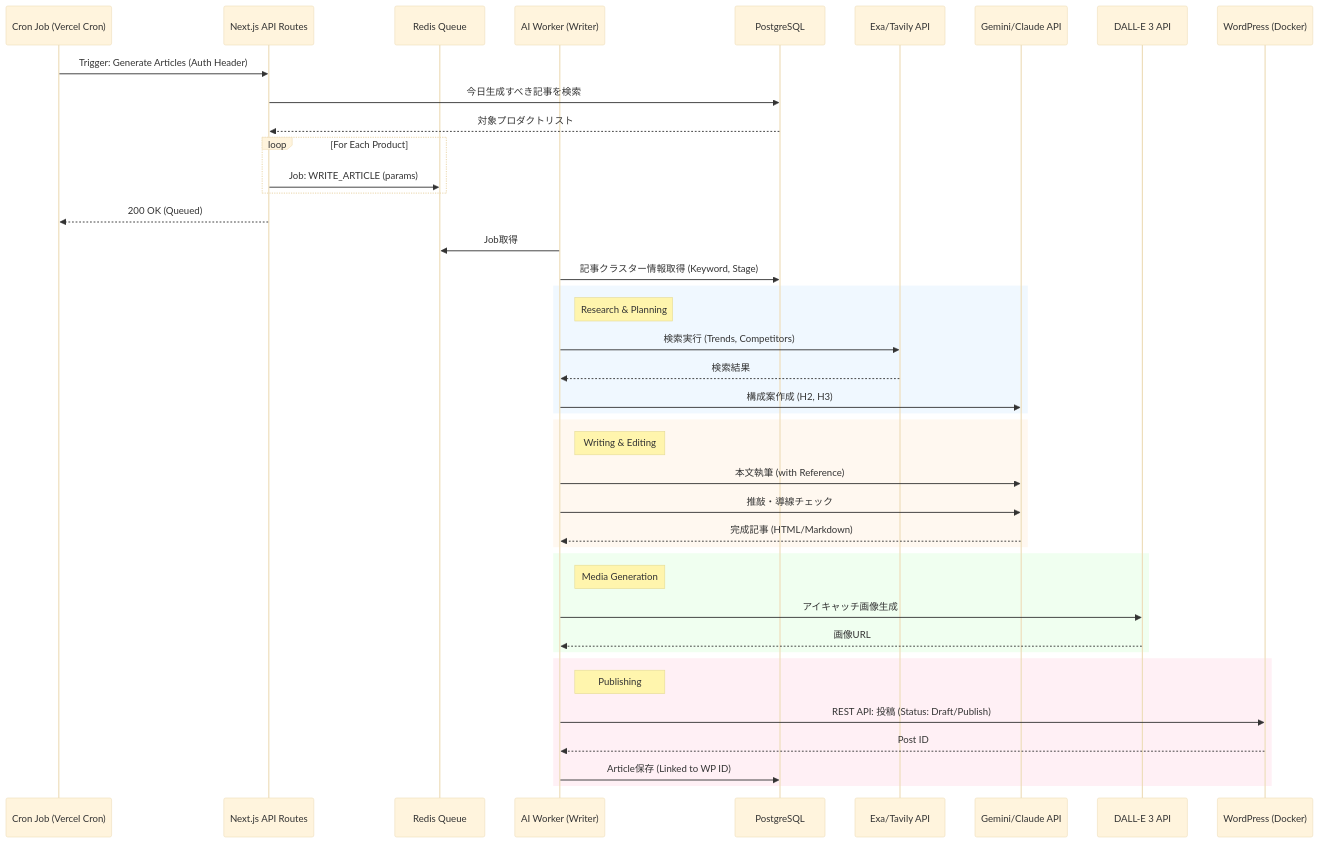
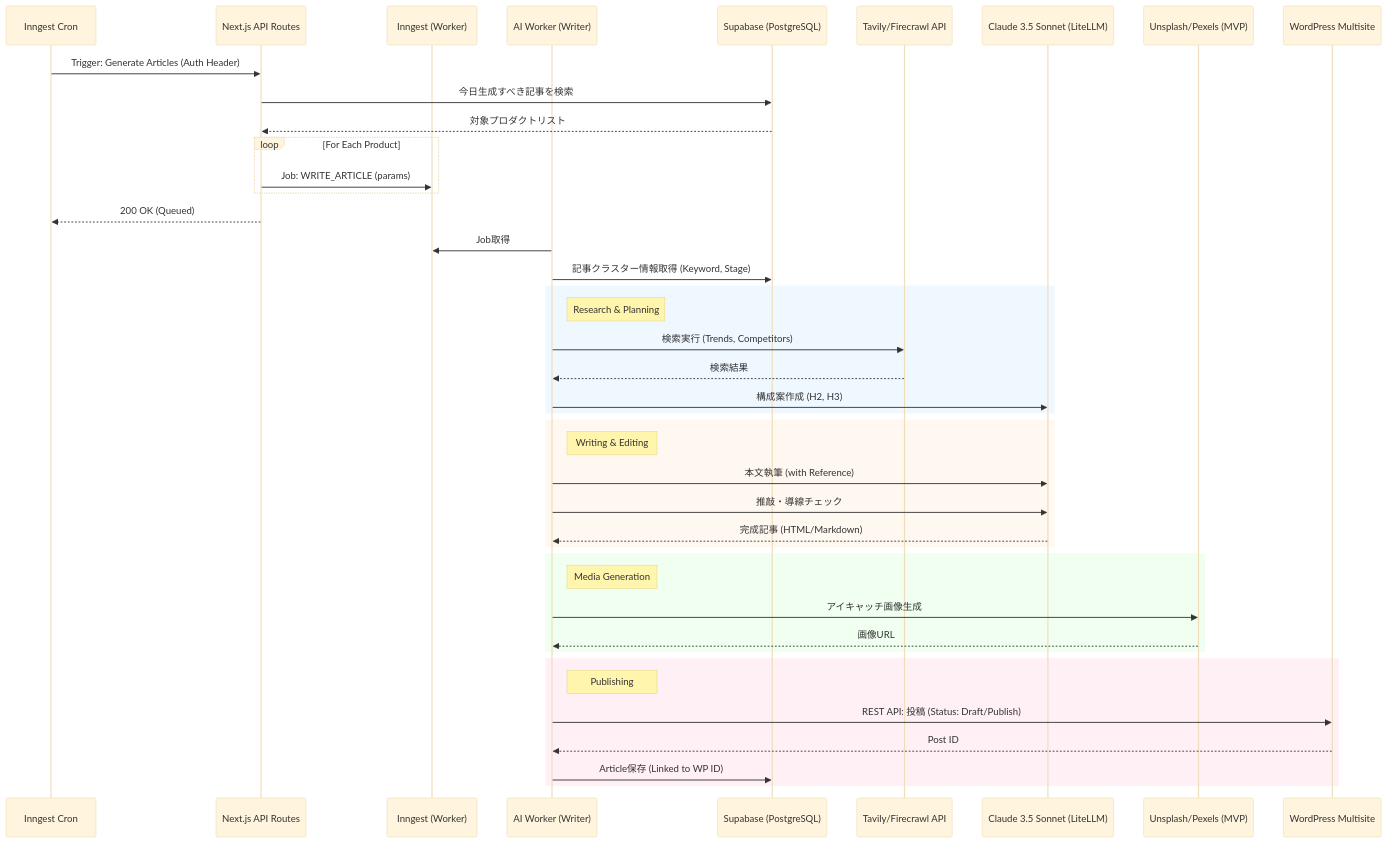
Before and after one commit to nakia73/AutoWordPress: the second of 2 diagrams in docs/architecture/05_Sequence_Diagrams.md, drawn with Mermaid (base theme). The commit also changed other lines of this file and 22 other files, not shown here.

````diff
--- a/docs/architecture/05_Sequence_Diagrams.md
+++ b/docs/architecture/05_Sequence_Diagrams.md
@@ -62,52 +65,52 @@
 ```mermaid
 sequenceDiagram
-    participant Scheduler as Cron Job (Vercel Cron)
+    participant Scheduler as Inngest Cron
     participant NextAPI as Next.js API Routes
-    participant Queue as Redis Queue
+    participant Inngest as Inngest (Worker)
     participant Writer as AI Worker (Writer)
-    participant DB as PostgreSQL
-    participant Search as Exa/Tavily API
-    participant LLM as Gemini/Claude API
-    participant ImageGen as DALL-E 3 API
-    participant UserWP as WordPress (Docker)
+    participant DB as Supabase (PostgreSQL)
+    participant Search as Tavily/Firecrawl API
+    participant LLM as Claude 3.5 Sonnet (LiteLLM)
+    participant ImageGen as Unsplash/Pexels (MVP)
+    participant UserWP as WordPress Multisite
 
     Scheduler->>NextAPI: Trigger: Generate Articles (Auth Header)
     NextAPI->>DB: 今日生成すべき記事を検索
     DB-->>NextAPI: 対象プロダクトリスト
 
     loop For Each Product
-        NextAPI->>Queue: Job: WRITE_ARTICLE (params)
+        NextAPI->>Inngest: Job: WRITE_ARTICLE (params)
     end
 
     NextAPI-->>Scheduler: 200 OK (Queued)
 
-    Writer->>Queue: Job取得
+    Writer->>Inngest: Job取得
     Writer->>DB: 記事クラスター情報取得 (Keyword, Stage)
 
     rect rgb(240, 248, 255)
         note right of Writer: Research & Planning
         Writer->>Search: 検索実行 (Trends, Competitors)
         Search-->>Writer: 検索結果
         Writer->>LLM: 構成案作成 (H2, H3)
     end
 
     rect rgb(255, 248, 240)
         note right of Writer: Writing & Editing
         Writer->>LLM: 本文執筆 (with Reference)
         Writer->>LLM: 推敲・導線チェック
         LLM-->>Writer: 完成記事 (HTML/Markdown)
     end
 
     rect rgb(240, 255, 240)
         note right of Writer: Media Generation
         Writer->>ImageGen: アイキャッチ画像生成
         ImageGen-->>Writer: 画像URL
     end
 
     rect rgb(255, 240, 245)
         note right of Writer: Publishing
         Writer->>UserWP: REST API: 投稿 (Status: Draft/Publish)
         UserWP-->>Writer: Post ID
         Writer->>DB: Article保存 (Linked to WP ID)
     end
 ```
````
